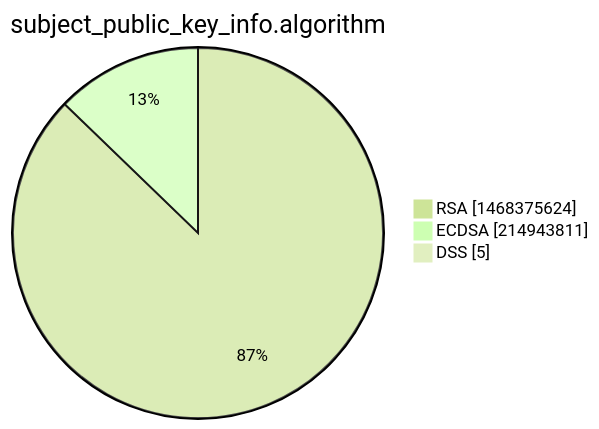
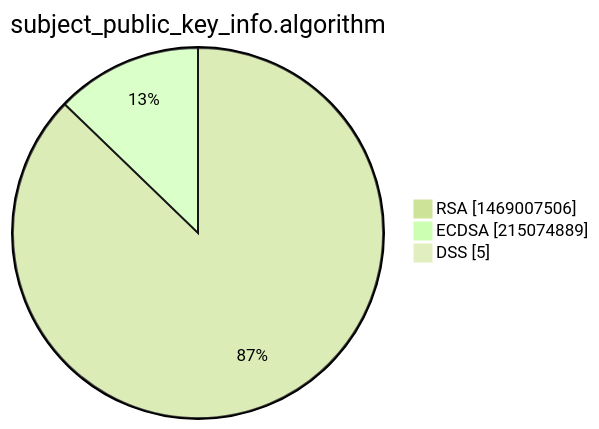
The third of 15 diagrams in xenon2022/README.md (christiankrug/ctmonitor_visualization), drawn with Mermaid (forest theme) before and after one commit. The commit also changed other lines of this file, not shown here.

````diff
--- a/xenon2022/README.md
+++ b/xenon2022/README.md
@@ -14,7 +14,7 @@
 ```mermaid
 pie showData
 title subject_public_key_info.algorithm
-"RSA" :1468375624
-"ECDSA" :214943811
+"RSA" :1469007506
+"ECDSA" :215074889
 "DSS" :5
 ```
````
